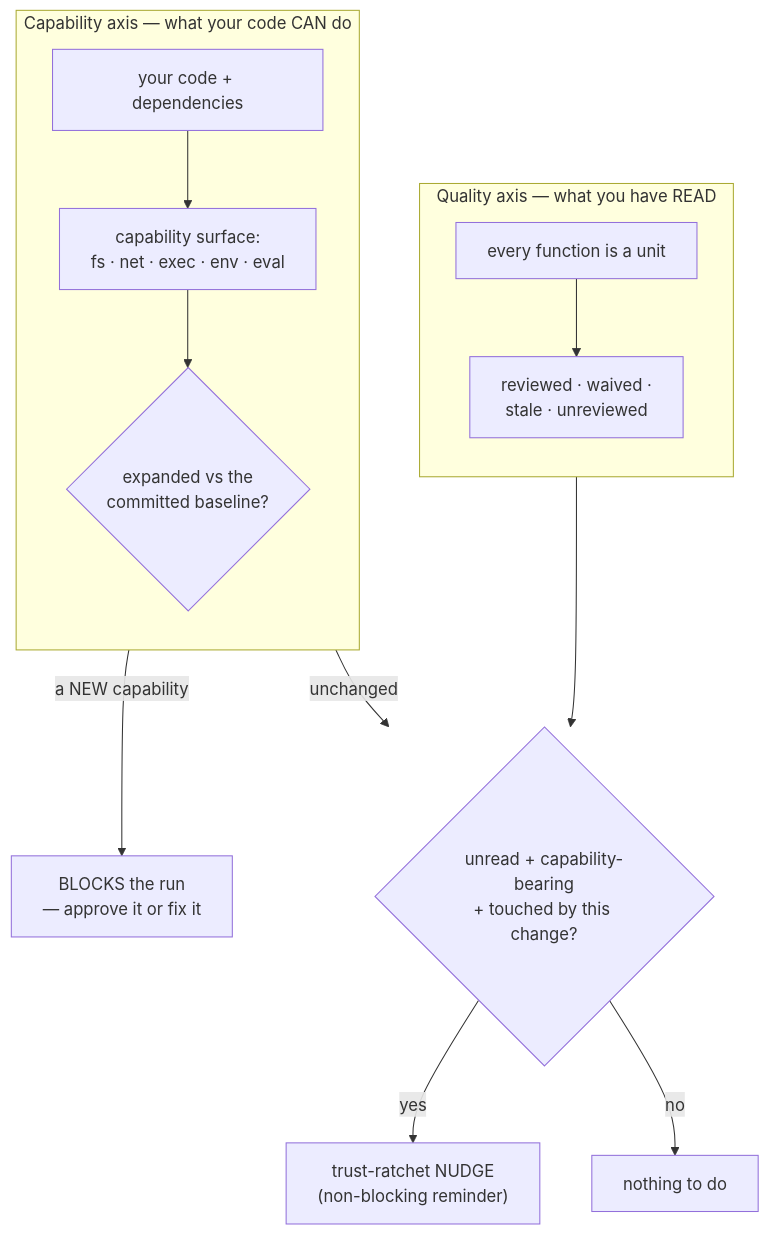
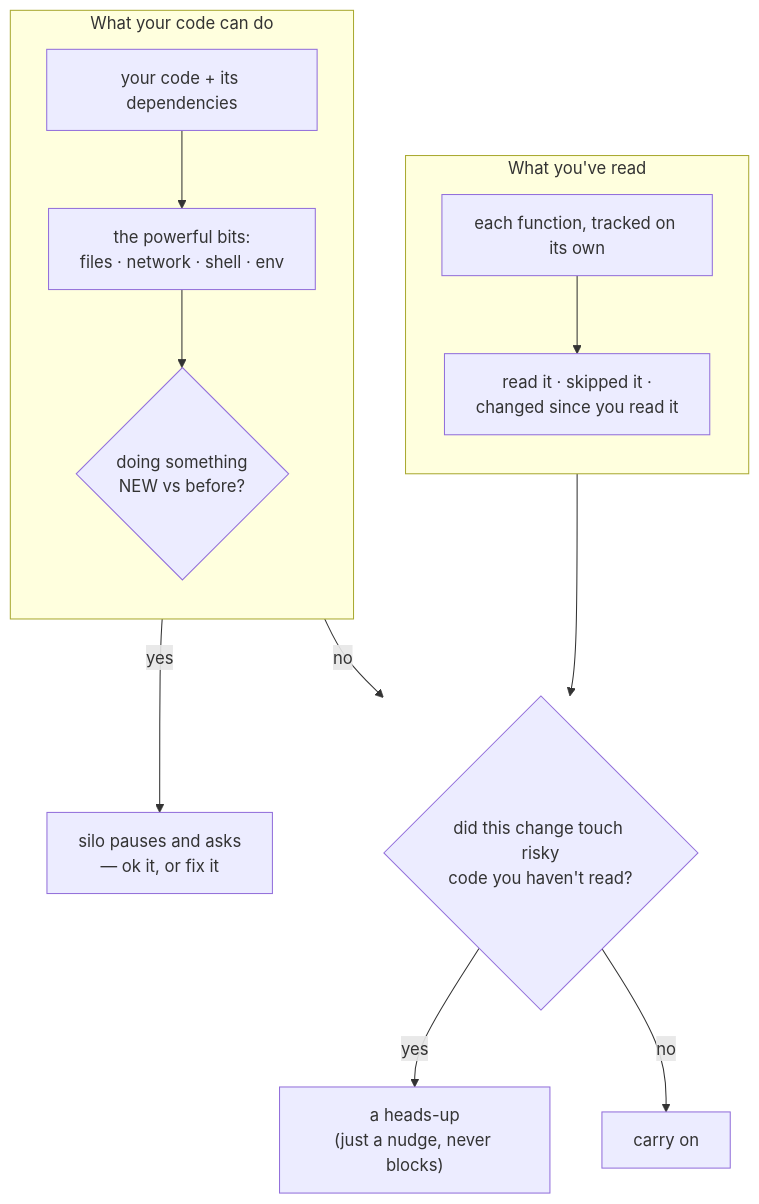
Before and after one commit to brianjenkins94/silo: the first of 4 diagrams in README.md, drawn with Mermaid. The commit also changed other lines of this file, not shown here.

````diff
--- a/README.md
+++ b/README.md
@@ -70,17 +70,17 @@
 ```mermaid
 flowchart TB
-    subgraph cap["Capability axis — what your code CAN do"]
+    subgraph power["What your code can do"]
         direction TB
-        a["your code + dependencies"] --> b["capability surface:<br/>fs · net · exec · env · eval"]
-        b --> c{"expanded vs the<br/>committed baseline?"}
+        a["your code + its dependencies"] --> b["the powerful bits:<br/>files · network · shell · env"]
+        b --> c{"doing something<br/>NEW vs before?"}
     end
-    subgraph qual["Quality axis — what you have READ"]
+    subgraph read["What you've read"]
         direction TB
-        d["every function is a unit"] --> e["reviewed · waived ·<br/>stale · unreviewed"]
+        d["each function, tracked on its own"] --> e["read it · skipped it ·<br/>changed since you read it"]
     end
-    c -->|"a NEW capability"| block["BLOCKS the run<br/>— approve it or fix it"]
-    c -->|"unchanged"| gate{"unread + capability-bearing<br/>+ touched by this change?"}
+    c -->|"yes"| block["silo pauses and asks<br/>— ok it, or fix it"]
+    c -->|"no"| gate{"did this change touch risky<br/>code you haven't read?"}
     e --> gate
-    gate -->|"yes"| nudge["trust-ratchet NUDGE<br/>(non-blocking reminder)"]
-    gate -->|"no"| clear["nothing to do"]
+    gate -->|"yes"| nudge["a heads-up<br/>(just a nudge, never blocks)"]
+    gate -->|"no"| clear["carry on"]
 ```
````
